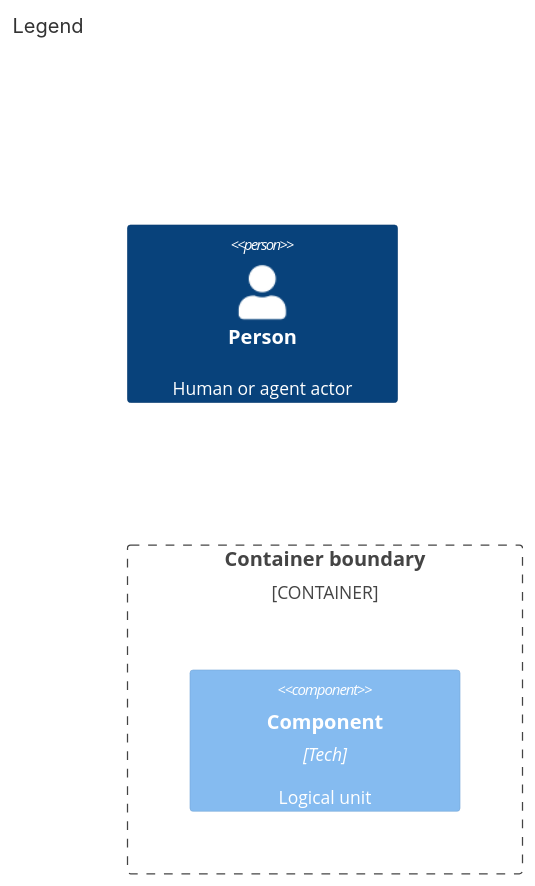
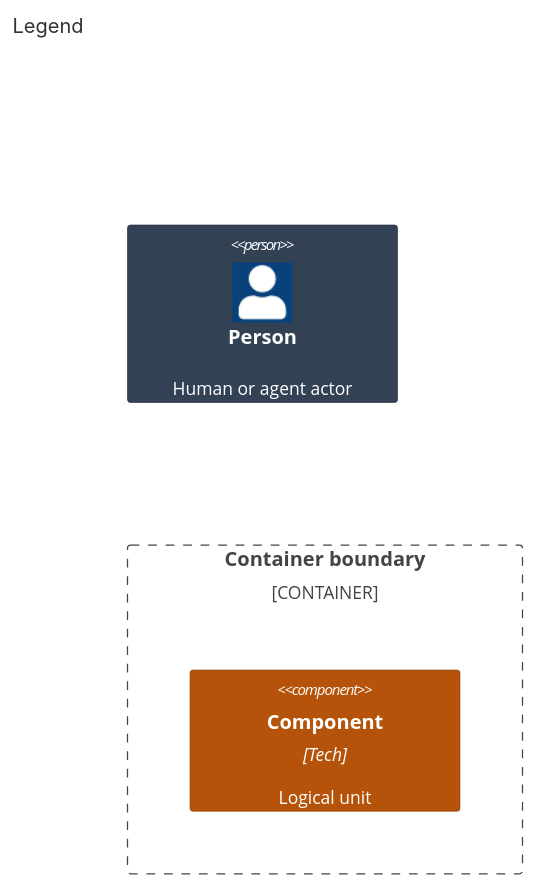
Before and after one commit to may-journal/Stratum-Observability: the second of 2 diagrams in docs/architecture/03-components.md, drawn with Mermaid. The commit also changed other lines of this file and 4 other files, not shown here.

First line of the commit message:
docs(architecture): style each view with its level's palette (#187)

````diff
--- a/docs/architecture/03-components.md
+++ b/docs/architecture/03-components.md
@@ -43,9 +42,12 @@
 ```mermaid
 C4Component
     title Legend
 
     Person(p, "Person", "Human or agent actor")
     Container_Boundary(cb, "Container boundary") {
         Component(c, "Component", "Tech", "Logical unit")
     }
+
+    UpdateElementStyle(p, $bgColor="#334155", $borderColor="#1e293b", $fontColor="#ffffff")
+    UpdateElementStyle(c, $bgColor="#b45309", $borderColor="#92400e", $fontColor="#ffffff")
 ```
````
